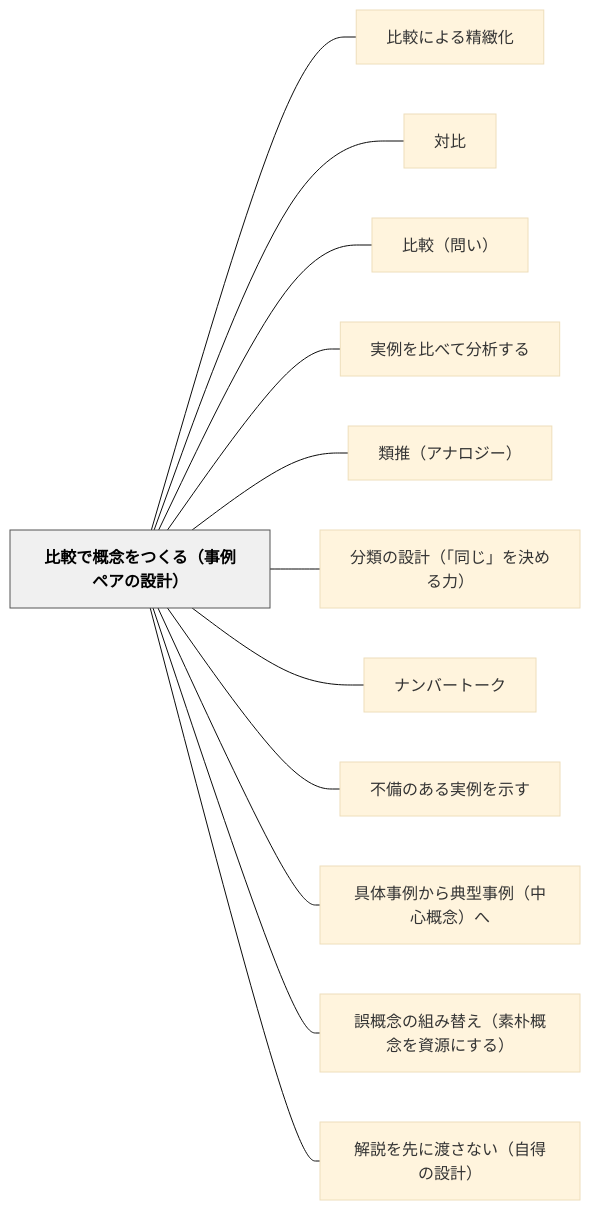
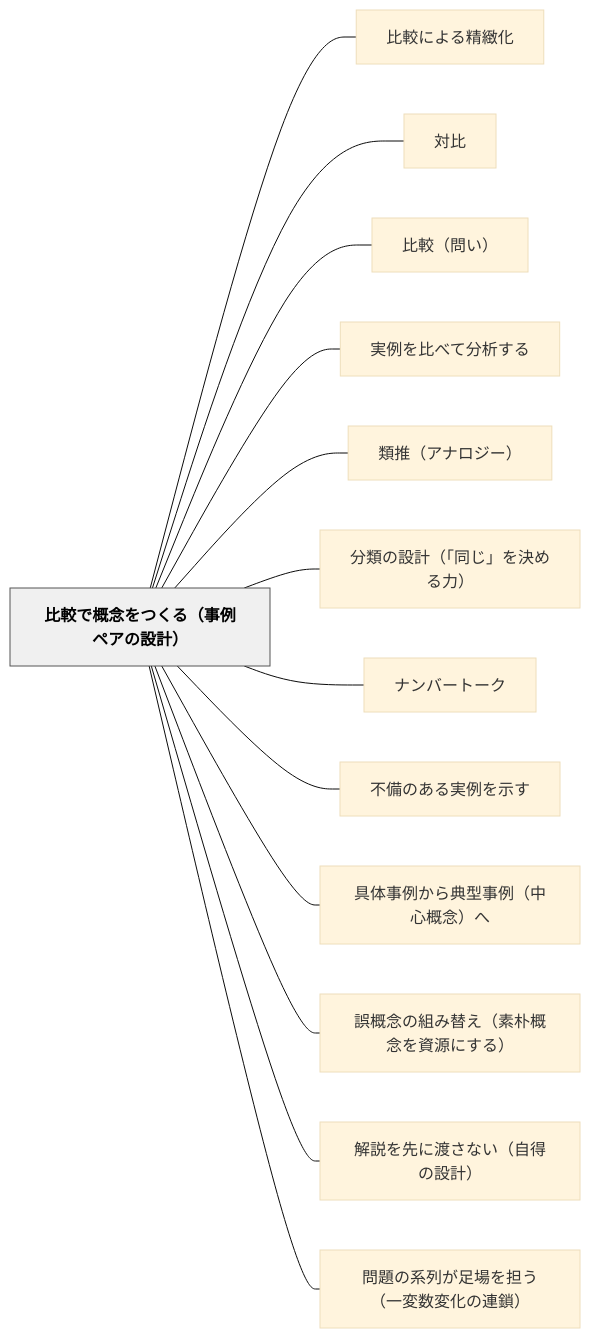
The diagram in content/パタン/比較で概念をつくる（事例ペアの設計）.md (unknownthings-ed-patterns/unknownthings-ed-patterns), drawn with Mermaid (base theme) before and after one commit. The commit also changed other lines of this file and 2 other files, not shown here.

Commit message:
auto: Obsidianから同期 2026-06-15 17:30

````diff
--- a/content/パタン/比較で概念をつくる（事例ペアの設計）.md
+++ b/content/パタン/比較で概念をつくる（事例ペアの設計）.md
@@ -145,30 +146,32 @@
 ```mermaid
 flowchart LR
     ne6af94e8bc83e381a7e6a682e5bfb5e38292e381a4e3818fe3828befbc88e4ba8be4be8be3839ae382a2e381aee8a8ade8a888efbc89["比較で概念をつくる（事例ペアの設計）"]
     ne6af94e8bc83e381abe38288e3828be7b2bee7b7bbe58c96["比較による精緻化"]
     ne5afbee6af94["対比"]
     ne6af94e8bc83efbc88e5958fe38184efbc89["比較（問い）"]
     ne5ae9fe4be8be38292e6af94e381b9e381a6e58886e69e90e38199e3828b["実例を比べて分析する"]
     ne9a19ee68ea8efbc88e382a2e3838ae383ade382b8e383bcefbc89["類推（アナロジー）"]
     ne58886e9a19ee381aee8a8ade8a888efbc88e3808ce5908ce38198e3808de38292e6b1bae38281e3828be58a9befbc89["分類の設計（「同じ」を決める力）"]
     ne3838ae383b3e38390e383bce38388e383bce382af["ナンバートーク"]
     ne4b88de58299e381aee38182e3828be5ae9fe4be8be38292e7a4bae38199["不備のある実例を示す"]
     ne585b7e4bd93e4ba8be4be8be3818be38289e585b8e59e8be4ba8be4be8befbc88e4b8ade5bf83e6a682e5bfb5efbc89e381b8["具体事例から典型事例（中心概念）へ"]
     ne8aaa4e6a682e5bfb5e381aee7b584e381bfe69bbfe38188efbc88e7b4a0e69cb4e6a682e5bfb5e38292e8b387e6ba90e381abe38199e3828befbc89["誤概念の組み替え（素朴概念を資源にする）"]
     ne8a7a3e8aaace38292e58588e381abe6b8a1e38195e381aae38184efbc88e887aae5be97e381aee8a8ade8a888efbc89["解説を先に渡さない（自得の設計）"]
+    ne5958fe9a18ce381aee7b3bbe58897e3818ce8b6b3e5a0b4e38292e68b85e38186efbc88e4b880e5a489e695b0e5a489e58c96e381aee980a3e98e96efbc89["問題の系列が足場を担う（一変数変化の連鎖）"]
 
     ne6af94e8bc83e381a7e6a682e5bfb5e38292e381a4e3818fe3828befbc88e4ba8be4be8be3839ae382a2e381aee8a8ade8a888efbc89 --- ne6af94e8bc83e381abe38288e3828be7b2bee7b7bbe58c96
     ne6af94e8bc83e381a7e6a682e5bfb5e38292e381a4e3818fe3828befbc88e4ba8be4be8be3839ae382a2e381aee8a8ade8a888efbc89 --- ne5afbee6af94
     ne6af94e8bc83e381a7e6a682e5bfb5e38292e381a4e3818fe3828befbc88e4ba8be4be8be3839ae382a2e381aee8a8ade8a888efbc89 --- ne6af94e8bc83efbc88e5958fe38184efbc89
     ne6af94e8bc83e381a7e6a682e5bfb5e38292e381a4e3818fe3828befbc88e4ba8be4be8be3839ae382a2e381aee8a8ade8a888efbc89 --- ne5ae9fe4be8be38292e6af94e381b9e381a6e58886e69e90e38199e3828b
     ne6af94e8bc83e381a7e6a682e5bfb5e38292e381a4e3818fe3828befbc88e4ba8be4be8be3839ae382a2e381aee8a8ade8a888efbc89 --- ne9a19ee68ea8efbc88e382a2e3838ae383ade382b8e383bcefbc89
     ne6af94e8bc83e381a7e6a682e5bfb5e38292e381a4e3818fe3828befbc88e4ba8be4be8be3839ae382a2e381aee8a8ade8a888efbc89 --- ne58886e9a19ee381aee8a8ade8a888efbc88e3808ce5908ce38198e3808de38292e6b1bae38281e3828be58a9befbc89
     ne6af94e8bc83e381a7e6a682e5bfb5e38292e381a4e3818fe3828befbc88e4ba8be4be8be3839ae382a2e381aee8a8ade8a888efbc89 --- ne3838ae383b3e38390e383bce38388e383bce382af
     ne6af94e8bc83e381a7e6a682e5bfb5e38292e381a4e3818fe3828befbc88e4ba8be4be8be3839ae382a2e381aee8a8ade8a888efbc89 --- ne4b88de58299e381aee38182e3828be5ae9fe4be8be38292e7a4bae38199
     ne6af94e8bc83e381a7e6a682e5bfb5e38292e381a4e3818fe3828befbc88e4ba8be4be8be3839ae382a2e381aee8a8ade8a888efbc89 --- ne585b7e4bd93e4ba8be4be8be3818be38289e585b8e59e8be4ba8be4be8befbc88e4b8ade5bf83e6a682e5bfb5efbc89e381b8
     ne6af94e8bc83e381a7e6a682e5bfb5e38292e381a4e3818fe3828befbc88e4ba8be4be8be3839ae382a2e381aee8a8ade8a888efbc89 --- ne8aaa4e6a682e5bfb5e381aee7b584e381bfe69bbfe38188efbc88e7b4a0e69cb4e6a682e5bfb5e38292e8b387e6ba90e381abe38199e3828befbc89
     ne6af94e8bc83e381a7e6a682e5bfb5e38292e381a4e3818fe3828befbc88e4ba8be4be8be3839ae382a2e381aee8a8ade8a888efbc89 --- ne8a7a3e8aaace38292e58588e381abe6b8a1e38195e381aae38184efbc88e887aae5be97e381aee8a8ade8a888efbc89
+    ne6af94e8bc83e381a7e6a682e5bfb5e38292e381a4e3818fe3828befbc88e4ba8be4be8be3839ae382a2e381aee8a8ade8a888efbc89 --- ne5958fe9a18ce381aee7b3bbe58897e3818ce8b6b3e5a0b4e38292e68b85e38186efbc88e4b880e5a489e695b0e5a489e58c96e381aee980a3e98e96efbc89
 
     classDef hub fill:#f0f0f0,stroke:#555,color:#000,font-weight:bold
     class ne6af94e8bc83e381a7e6a682e5bfb5e38292e381a4e3818fe3828befbc88e4ba8be4be8be3839ae382a2e381aee8a8ade8a888efbc89 hub
 ```
````
